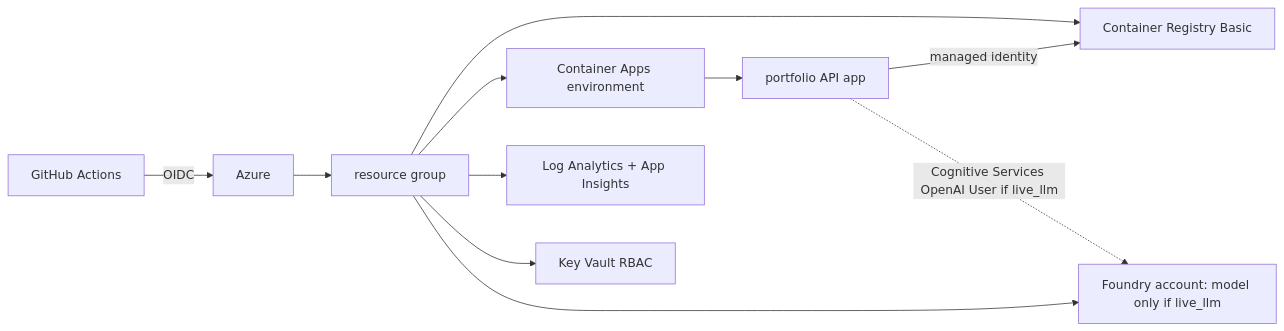
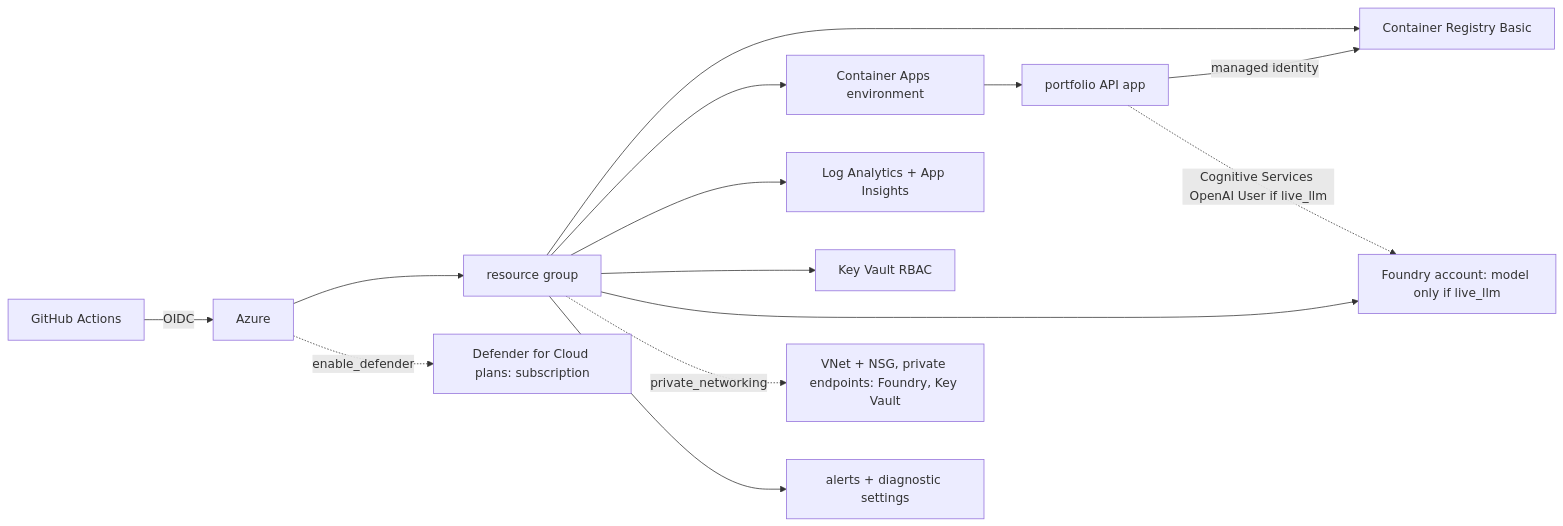
The diagram in docs/components/infrastructure.md (jagadishmazure-jpg/Jagadish-agentic-ai), drawn with Mermaid before and after one commit. The commit also changed other lines of this file and 41 other files, not shown here.

Commit message:
IaC: private networking option for Foundry and Key Vault (was hard-coded public), Azure Monitor alerts and diagnostic settings, opt-in Defender for Cloud in Terraform and Bicep; parity tests and docs (554 tests); not deployed

````diff
--- a/docs/components/infrastructure.md
+++ b/docs/components/infrastructure.md
@@ -13,13 +13,16 @@
 ```mermaid
 flowchart LR
     GH[GitHub Actions] -->|OIDC| AZ[Azure]
     AZ --> RG[resource group]
     RG --> ACR[Container Registry Basic]
     RG --> ENV[Container Apps environment]
     ENV --> API[portfolio API app]
     RG --> LA[Log Analytics + App Insights]
     RG --> KV[Key Vault RBAC]
     RG --> FDY[Foundry account: model only if live_llm]
     API -->|managed identity| ACR
     API -.->|Cognitive Services OpenAI User if live_llm| FDY
+    RG -.->|private_networking| NET[VNet + NSG, private endpoints: Foundry, Key Vault]
+    RG --> AL[alerts + diagnostic settings]
+    AZ -.->|enable_defender| DF[Defender for Cloud plans: subscription]
 ```
````
